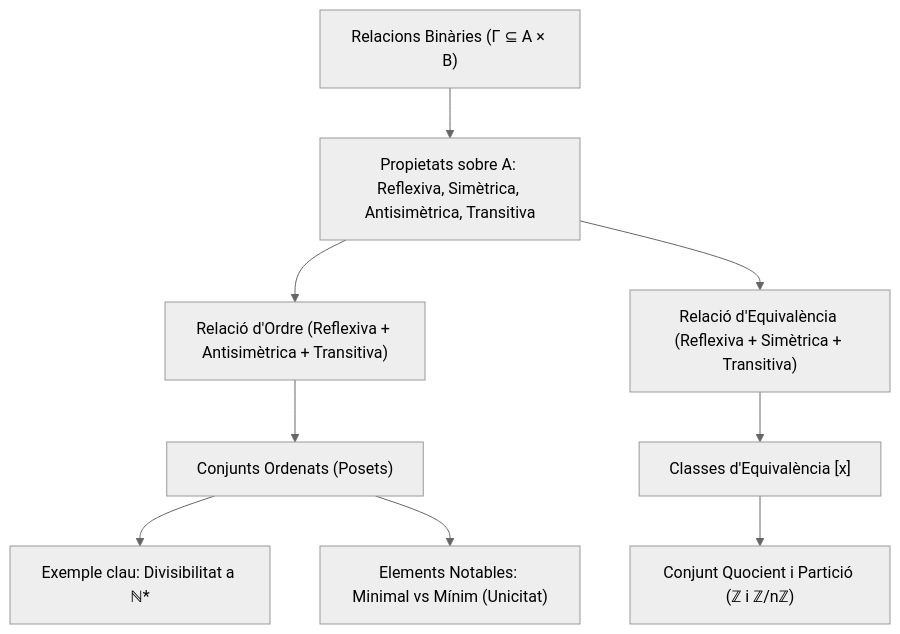
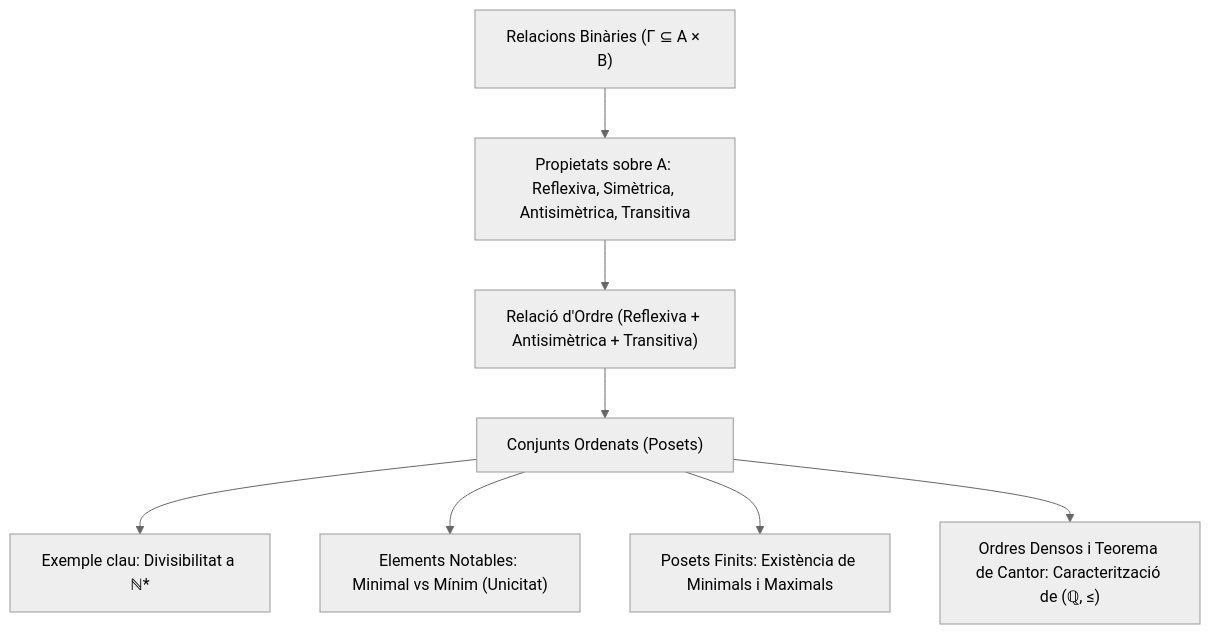
One commit to Bibinuz/Apunts-Matematiques changed the diagram in Apunts/Fonaments 1/03. Relacions Binàries, Equivalència i Ordre.md. Above: the diagram before and after it, drawn with Mermaid (neutral theme). The commit also changed other lines of this file and 30 other files, not shown here.

````diff
--- a/Apunts/Fonaments 1/03. Relacions Binàries, Equivalència i Ordre.md
+++ b/Apunts/Fonaments 1/03. Relacions Binàries, Equivalència i Ordre.md
@@ -231,11 +286,10 @@
 ```mermaid
 flowchart TD
     RelBin["Relacions Binàries (Γ ⊆ A × B)"] --> Prop["Propietats sobre A: Reflexiva, Simètrica, Antisimètrica, Transitiva"]
     Prop --> Ordre["Relació d'Ordre (Reflexiva + Antisimètrica + Transitiva)"]
-    Prop --> Equiv["Relació d'Equivalència (Reflexiva + Simètrica + Transitiva)"]
     Ordre --> Poset["Conjunts Ordenats (Posets)"]
     Poset --> Divisibilitat["Exemple clau: Divisibilitat a ℕ*"]
     Poset --> Extremals["Elements Notables: Minimal vs Mínim (Unicitat)"]
-    Equiv --> Classes["Classes d'Equivalència [x]"]
-    Classes --> Quocient["Conjunt Quocient i Partició (ℤ i ℤ/nℤ)"]
+    Poset --> PosetFinit["Posets Finits: Existència de Minimals i Maximals"]
+    Poset --> Cantor["Ordres Densos i Teorema de Cantor: Caracterització de (ℚ, ≤)"]
 ```
````
